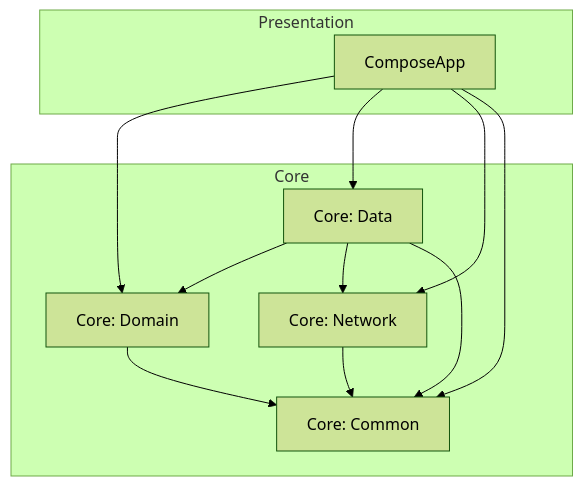
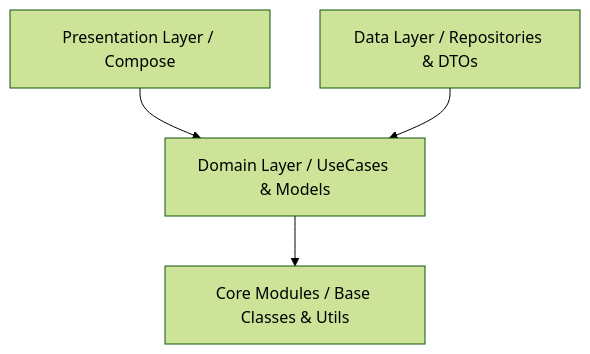
Before and after one commit to skhanbeiki/kmpclean: the diagram in README.md, drawn with Mermaid (forest theme). The commit also changed other lines of this file and 89 other files, not shown here.

Commit message:
change clean Architecture

````diff
--- a/README.md
+++ b/README.md
@@ -29,25 +16,6 @@
 ```mermaid
 graph TD
-    subgraph Presentation
-    App[ComposeApp]
-    end
-    
-    subgraph Core
-    Domain[Core: Domain]
-    Data[Core: Data]
-    Network[Core: Network]
-    Common[Core: Common]
-    end
-
-    App --> Domain
-    App --> Data
-    App --> Network
-    App --> Common
-    
-    Data --> Domain
-    Data --> Network
-    Data --> Common
-    
-    Domain --> Common
-    Network --> Common
+    UI[Presentation Layer / Compose] --> Domain[Domain Layer / UseCases & Models]
+    Data[Data Layer / Repositories & DTOs] --> Domain
+    Domain --> Core[Core Modules / Base Classes & Utils]
 ```
````
